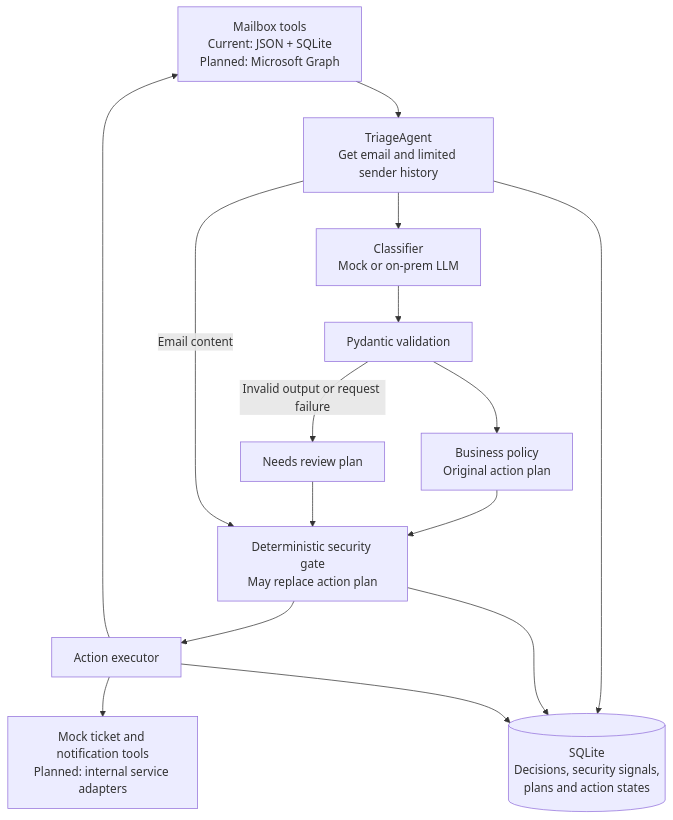
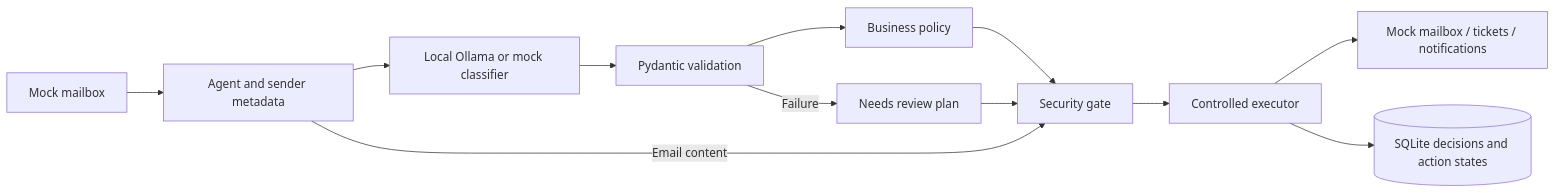
The diagram in docs/architecture.md (canrefih/ai-email-triage-agent), drawn with Mermaid before and after one commit. The commit also changed other lines of this file and 12 other files, not shown here.

````diff
--- a/docs/architecture.md
+++ b/docs/architecture.md
@@ -15,27 +13,14 @@
 ```mermaid
-flowchart TD
-    M["Mailbox tools<br/>Current: JSON + SQLite<br/>Planned: Microsoft Graph"]
-    A["TriageAgent<br/>Get email and limited sender history"]
-    L["Classifier<br/>Mock or on-prem LLM"]
-    V["Pydantic validation"]
-    P["Business policy<br/>Original action plan"]
-    S["Deterministic security gate<br/>May replace action plan"]
-    E["Action executor"]
-    T["Mock ticket and notification tools<br/>Planned: internal service adapters"]
-    D[("SQLite<br/>Decisions, security signals,<br/>plans and action states")]
-
-    M --> A
-    A --> L
-    L --> V
-    V --> P
-    V -->|"Invalid output or request failure"| R["Needs review plan"]
-    P --> S
+flowchart LR
+    M[Mock mailbox] --> A[Agent and sender metadata]
+    A --> C[Local Ollama or mock classifier]
+    C --> V[Pydantic validation]
+    V --> P[Business policy]
+    V -->|Failure| R[Needs review plan]
+    P --> S[Security gate]
     R --> S
-    A -->|"Email content"| S
-    S --> E
-    E --> M
-    E --> T
-    A --> D
-    S --> D
-    E --> D
+    A -->|Email content| S
+    S --> E[Controlled executor]
+    E --> T[Mock mailbox / tickets / notifications]
+    E --> D[(SQLite decisions and action states)]
 ```
````
